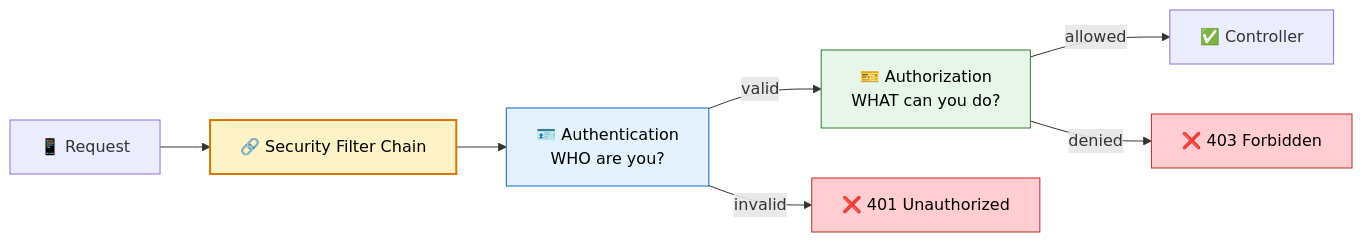
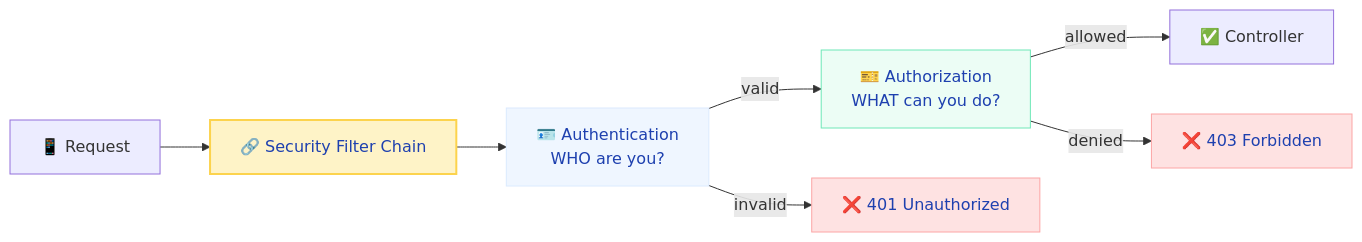
One commit to saivamsikaruturi/vamsilabs-dev-notes-main changed the first of 3 diagrams in docs/springboot/security.md. Above: the diagram before and after it, drawn with Mermaid. The commit also changed other lines of this file and 220 other files, not shown here.

First line of the commit message:
Add 50+ new Java/Spring Boot pages, rewrite CSS code blocks to Oracle style, fix all diagram colors

````diff
--- a/docs/springboot/security.md
+++ b/docs/springboot/security.md
@@ -10,15 +10,15 @@
 ```mermaid
 flowchart LR
     R["📱 Request"] --> F["🔗 Security Filter Chain"]
     F --> AuthN["🪪 Authentication<br/>WHO are you?"]
     AuthN -->|valid| AuthZ["🎫 Authorization<br/>WHAT can you do?"]
     AuthN -->|invalid| R401["❌ 401 Unauthorized"]
     AuthZ -->|allowed| C["✅ Controller"]
     AuthZ -->|denied| R403["❌ 403 Forbidden"]
 
-    style F fill:#FEF3C7,stroke:#D97706,stroke-width:2px,color:#000
-    style AuthN fill:#E3F2FD,stroke:#1565C0,color:#000
-    style AuthZ fill:#E8F5E9,stroke:#2E7D32,color:#000
-    style R401 fill:#FFCDD2,stroke:#C62828,color:#000
-    style R403 fill:#FFCDD2,stroke:#C62828,color:#000
+    style F fill:#FEF3C7,stroke:#FCD34D,stroke-width:2px,color:#1E40AF
+    style AuthN fill:#EFF6FF,stroke:#DBEAFE,color:#1E40AF
+    style AuthZ fill:#ECFDF5,stroke:#6EE7B7,color:#1E40AF
+    style R401 fill:#FEE2E2,stroke:#FCA5A5,color:#1E40AF
+    style R403 fill:#FEE2E2,stroke:#FCA5A5,color:#1E40AF
 ```
````
